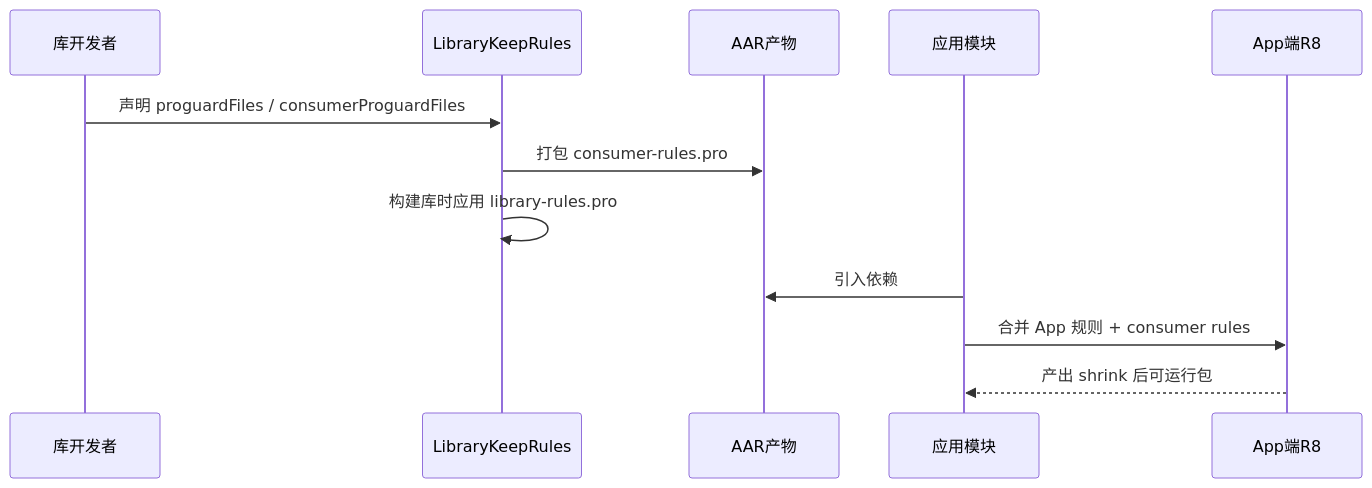
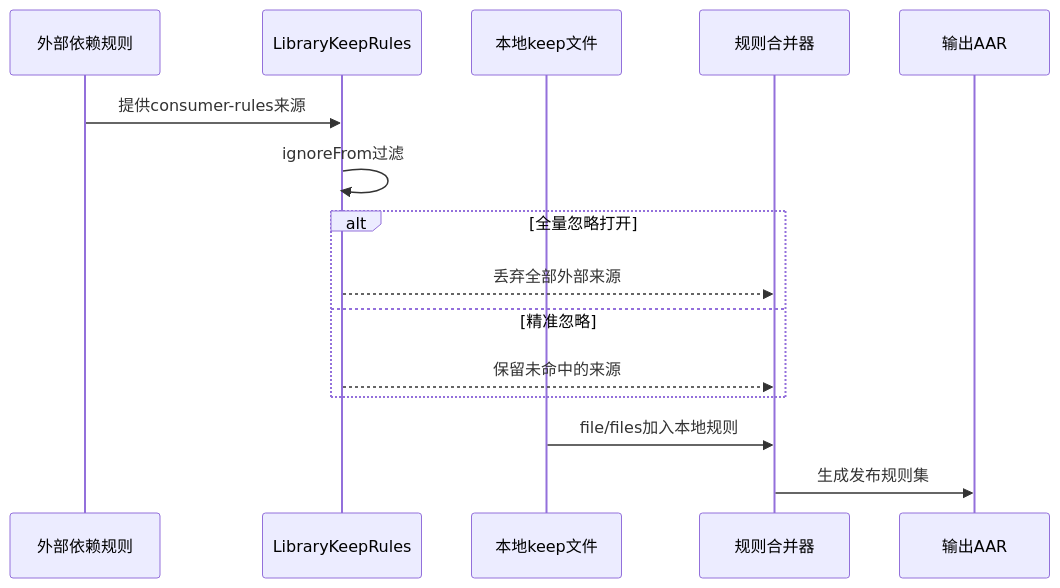
One commit to Carrie-L/carrie-l.github.io changed the second of 3 diagrams in AndroidDeveloperGuideStory/Contents/vol21/21.1.154 图书馆保管规则.md. Above: the diagram before and after it, drawn with Mermaid. The commit also changed other lines of this file, not shown here.

Commit message:
feat(chapter-21.1.154): complete library keep rules chapter

````diff
--- a/AndroidDeveloperGuideStory/Contents/vol21/21.1.154 图书馆保管规则.md
+++ b/AndroidDeveloperGuideStory/Contents/vol21/21.1.154 图书馆保管规则.md
@@ -201,15 +159,18 @@
 ```mermaid
 sequenceDiagram
-    participant Dev as 库开发者
-    participant GradleLib as LibraryKeepRules
-    participant AAR as AAR产物
-    participant App as 应用模块
-    participant R8 as App端R8
+    participant Ext as 外部依赖规则
+    participant LKR as LibraryKeepRules
+    participant Local as 本地keep文件
+    participant Merge as 规则合并器
+    participant AAR as 输出AAR
 
-    Dev->>GradleLib: 声明 proguardFiles / consumerProguardFiles
-    GradleLib->>AAR: 打包 consumer-rules.pro
-    GradleLib->>GradleLib: 构建库时应用 library-rules.pro
-    App->>AAR: 引入依赖
-    App->>R8: 合并 App 规则 + consumer rules
-    R8-->>App: 产出 shrink 后可运行包
+    Ext->>LKR: 提供consumer-rules来源
+    LKR->>LKR: ignoreFrom过滤
+    alt 全量忽略打开
+        LKR-->>Merge: 丢弃全部外部来源
+    else 精准忽略
+        LKR-->>Merge: 保留未命中的来源
+    end
+    Local->>Merge: file/files加入本地规则
+    Merge->>AAR: 生成发布规则集
 ```
````
